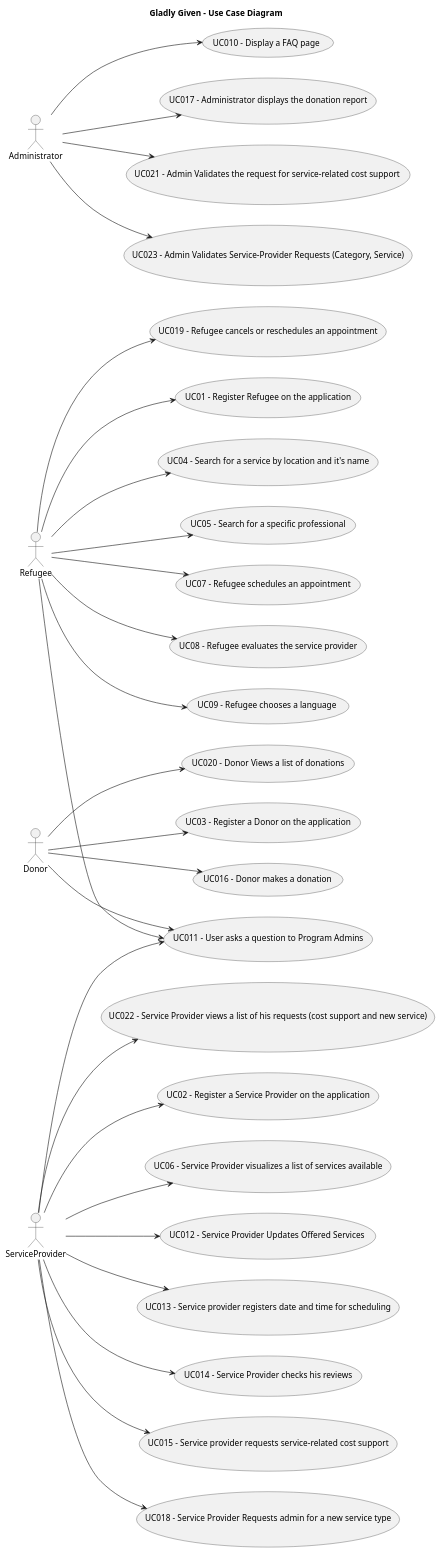
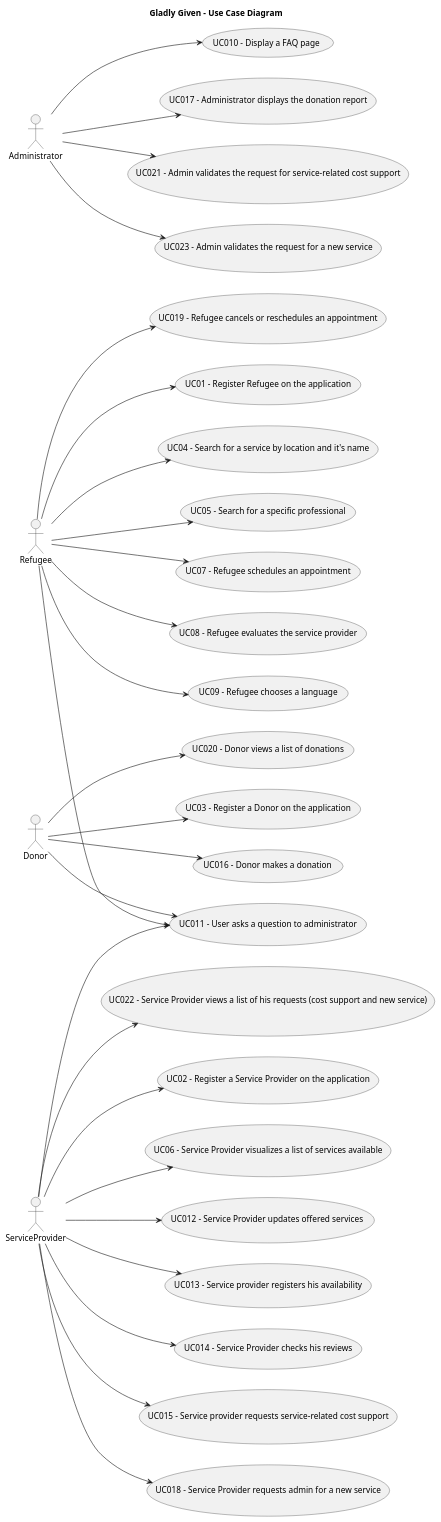
Before and after one commit to Chirano/GladlyGiven: the diagram in javaSprint2GladlyGiven/Docs/Use Case Diagram.puml, drawn with PlantUML. The commit also changed 49 other files, not shown here.

```diff
--- a/javaSprint2GladlyGiven/Docs/Use Case Diagram.puml
+++ b/javaSprint2GladlyGiven/Docs/Use Case Diagram.puml
@@ -1,65 +1,65 @@
 @startuml
 'https://plantuml.com/use-case-diagram
 
 left to right direction
 'top to bottom direction
 title Gladly Given - Use Case Diagram
 
 actor "Refugee" as Ref
 actor "Donor" as Don
 actor "ServiceProvider" as Pro
 actor "Administrator" as Adm
 
 usecase "UC01 - Register Refugee on the application" as UC01
 usecase "UC02 - Register a Service Provider on the application" as UC02
 usecase "UC03 - Register a Donor on the application" as UC03
 usecase "UC04 - Search for a service by location and it's name" as UC04
 usecase "UC05 - Search for a specific professional" as UC05
 usecase "UC06 - Service Provider visualizes a list of services available" as UC06
 usecase "UC07 - Refugee schedules an appointment" as UC07
 usecase "UC08 - Refugee evaluates the service provider" as UC08
-usecase "UC09 - Refugee chooses a language " as UC09
+usecase "UC09 - Refugee chooses a language" as UC09
 usecase "UC010 - Display a FAQ page" as UC010
-usecase "UC011 - User asks a question to Program Admins" as UC011
-usecase "UC012 - Service Provider Updates Offered Services " as UC012
-usecase "UC013 - Service provider registers date and time for scheduling" as UC013
+usecase "UC011 - User asks a question to administrator" as UC011
+usecase "UC012 - Service Provider updates offered services " as UC012
+usecase "UC013 - Service provider registers his availability" as UC013
 usecase "UC014 - Service Provider checks his reviews" as UC014
 usecase "UC015 - Service provider requests service-related cost support" as UC015
 usecase "UC016 - Donor makes a donation" as UC016
 usecase "UC017 - Administrator displays the donation report" as UC017
-usecase "UC018 - Service Provider Requests admin for a new service type" as UC018
+usecase "UC018 - Service Provider requests admin for a new service" as UC018
 usecase "UC019 - Refugee cancels or reschedules an appointment" as UC019
-usecase "UC020 - Donor Views a list of donations" as UC020
-usecase "UC021 - Admin Validates the request for service-related cost support " as UC021
+usecase "UC020 - Donor views a list of donations" as UC020
+usecase "UC021 - Admin validates the request for service-related cost support" as UC021
 usecase "UC022 - Service Provider views a list of his requests (cost support and new service)" as UC022
-usecase "UC023 - Admin Validates Service-Provider Requests (Category, Service)" as UC023
+usecase "UC023 - Admin validates the request for a new service" as UC023
 
 
 
 Ref -down-> UC01
 Pro -down-> UC02
 Don -down-> UC03
 Ref -down-> UC04
 Ref -down-> UC05
 Pro -down-> UC06
 Ref -down-> UC07
 Ref -down-> UC08
 Ref -down-> UC09
 Adm -down-> UC010
 Don -down-> UC011
 Pro -down-> UC011
 Ref -down-> UC011
 Pro -down-> UC012
 Pro -down-> UC013
 Pro -down-> UC014
 Pro -down-> UC015
 Don -down-> UC016
 Adm -down-> UC017
 Pro -down-> UC018
 Ref -down-> UC019
 Don -down-> UC020
 Adm -down-> UC021
 Pro -down-> UC022
 Adm -down-> UC023
 
 @enduml
```
